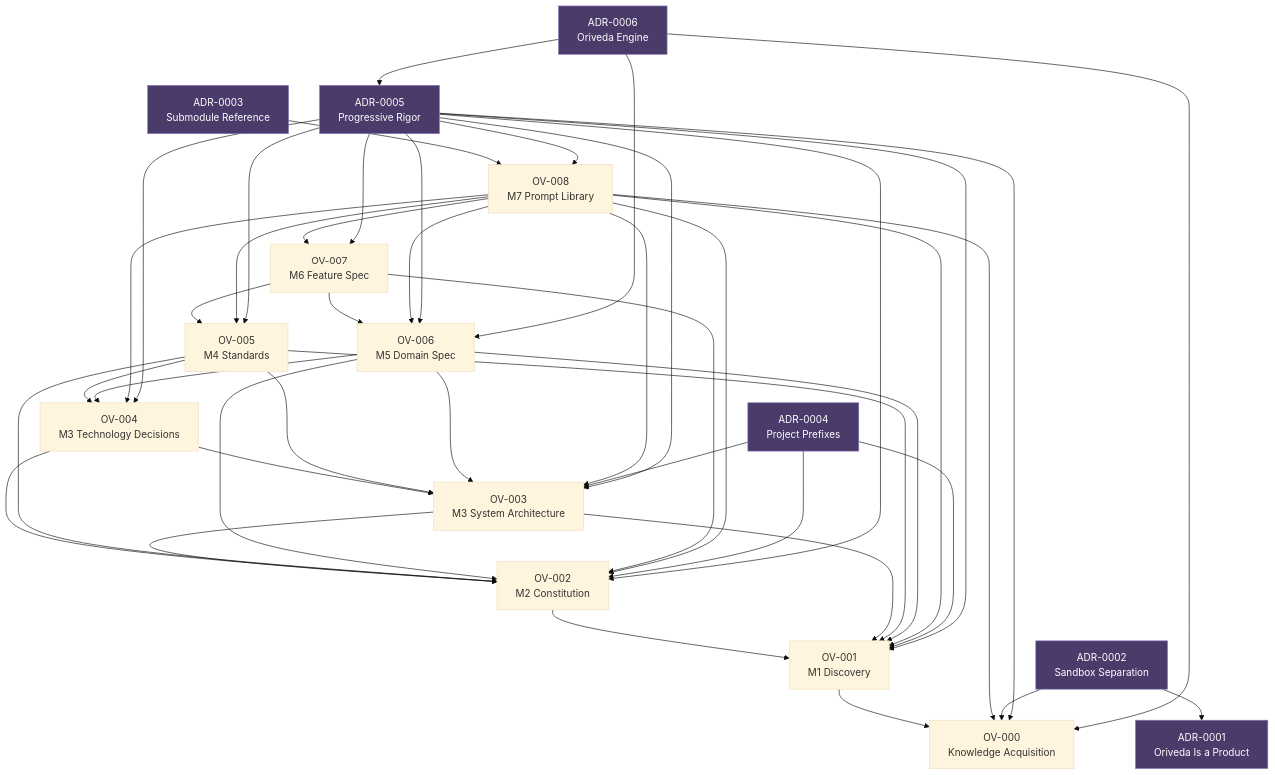
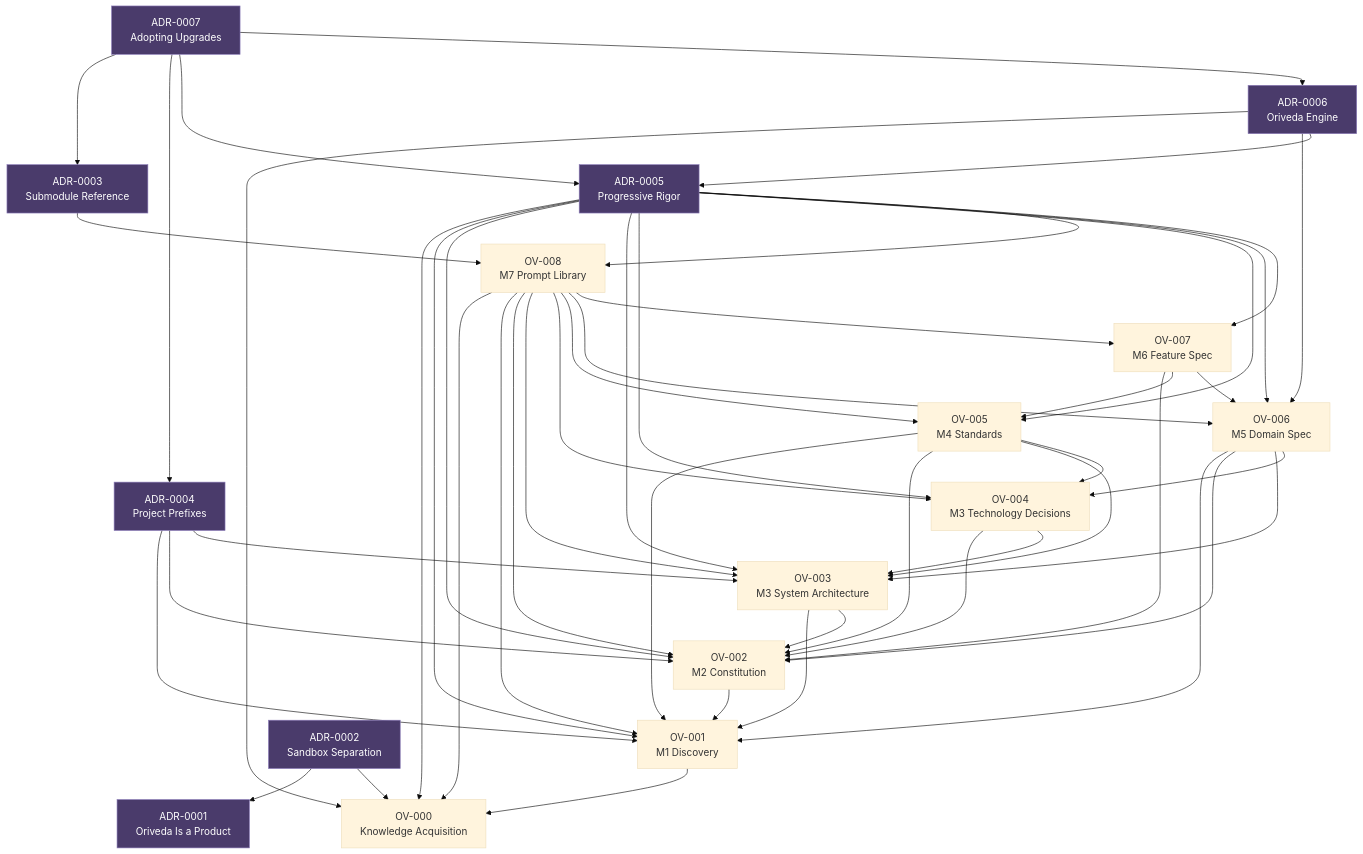
Before and after one commit to VedantJoshi23/Oriveda: the diagram in .oriveda/knowledge_graph.md, drawn with Mermaid (base theme). The commit also changed other lines of this file and 20 other files, not shown here.

````diff
--- a/.oriveda/knowledge_graph.md
+++ b/.oriveda/knowledge_graph.md
@@ -17,67 +17,72 @@
 ```mermaid
 graph TD
     OV000["OV-000<br/>Knowledge Acquisition"]
     OV001["OV-001<br/>M1 Discovery"]
     OV002["OV-002<br/>M2 Constitution"]
     OV003["OV-003<br/>M3 System Architecture"]
     OV004["OV-004<br/>M3 Technology Decisions"]
     OV005["OV-005<br/>M4 Standards"]
     OV006["OV-006<br/>M5 Domain Spec"]
     OV007["OV-007<br/>M6 Feature Spec"]
     OV008["OV-008<br/>M7 Prompt Library"]
 
     ADR0001["ADR-0001<br/>Oriveda Is a Product"]
     ADR0002["ADR-0002<br/>Sandbox Separation"]
     ADR0003["ADR-0003<br/>Submodule Reference"]
     ADR0004["ADR-0004<br/>Project Prefixes"]
     ADR0005["ADR-0005<br/>Progressive Rigor"]
     ADR0006["ADR-0006<br/>Oriveda Engine"]
+    ADR0007["ADR-0007<br/>Adopting Upgrades"]
 
     OV001 --> OV000
     OV002 --> OV001
     OV003 --> OV001
     OV003 --> OV002
     OV004 --> OV002
     OV004 --> OV003
     OV005 --> OV001
     OV005 --> OV002
     OV005 --> OV003
     OV005 --> OV004
     OV006 --> OV001
     OV006 --> OV002
     OV006 --> OV003
     OV006 --> OV004
     OV007 --> OV002
     OV007 --> OV005
     OV007 --> OV006
     OV008 --> OV000
     OV008 --> OV001
     OV008 --> OV002
     OV008 --> OV003
     OV008 --> OV004
     OV008 --> OV005
     OV008 --> OV006
     OV008 --> OV007
 
     ADR0002 --> ADR0001
     ADR0002 --> OV000
     ADR0003 --> OV008
     ADR0004 --> OV001
     ADR0004 --> OV002
     ADR0004 --> OV003
     ADR0005 --> OV000
     ADR0005 --> OV001
     ADR0005 --> OV002
     ADR0005 --> OV003
     ADR0005 --> OV004
     ADR0005 --> OV005
     ADR0005 --> OV006
     ADR0005 --> OV007
     ADR0005 --> OV008
     ADR0006 --> OV000
     ADR0006 --> OV006
     ADR0006 --> ADR0005
+    ADR0007 --> ADR0003
+    ADR0007 --> ADR0004
+    ADR0007 --> ADR0005
+    ADR0007 --> ADR0006
 
     classDef adr fill:#4a3b6b,stroke:#8b7bb8,color:#fff
-    class ADR0001,ADR0002,ADR0003,ADR0004,ADR0005,ADR0006 adr
+    class ADR0001,ADR0002,ADR0003,ADR0004,ADR0005,ADR0006,ADR0007 adr
 ```
````
